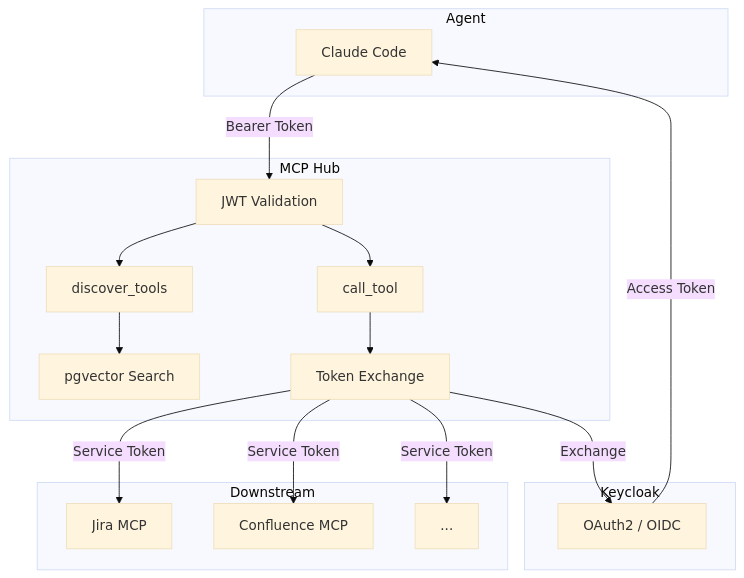
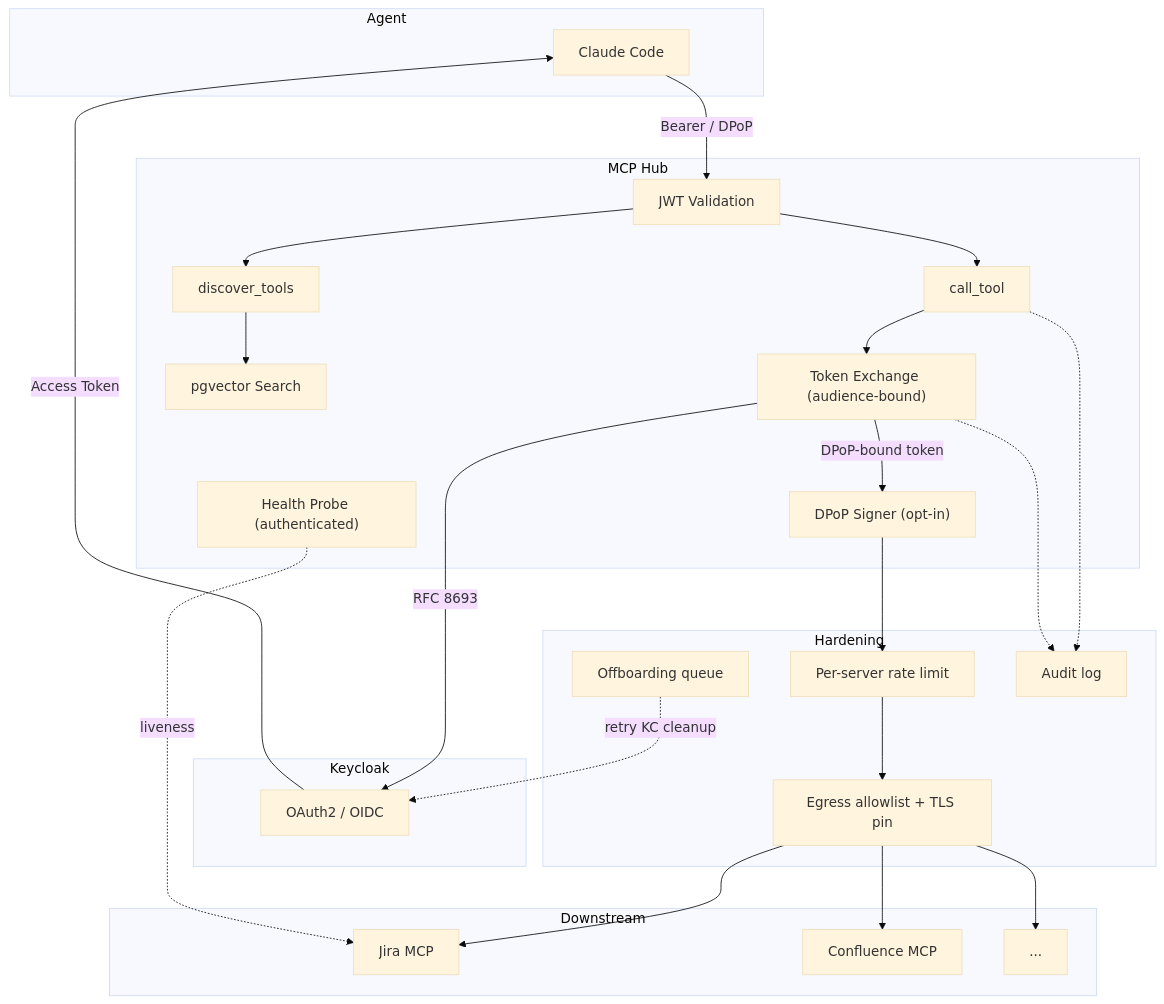
One commit to vladmsnk/mcp-registry changed the diagram in README.md. Above: the diagram before and after it, drawn with Mermaid (base theme). The commit also changed other lines of this file and 50 other files, not shown here.

````diff
--- a/README.md
+++ b/README.md
@@ -7,36 +14,51 @@
 ```mermaid
 graph TB
     subgraph Agent
         Claude["Claude Code"]
     end
 
     subgraph IdP["Keycloak"]
         Auth["OAuth2 / OIDC"]
     end
 
     subgraph Hub["MCP Hub"]
         JWT["JWT Validation"]
         Discover["discover_tools"]
         Call["call_tool"]
         Search["pgvector Search"]
-        Exchange["Token Exchange"]
+        Exchange["Token Exchange (audience-bound)"]
+        DPoP["DPoP Signer (opt-in)"]
+        Probe["Health Probe (authenticated)"]
+    end
+
+    subgraph Hardening
+        RateLim["Per-server rate limit"]
+        Egress["Egress allowlist + TLS pin"]
+        Offboard["Offboarding queue"]
+        Audit["Audit log"]
     end
 
     subgraph Downstream
         Jira["Jira MCP"]
         Confluence["Confluence MCP"]
         Other["..."]
     end
 
     Auth -->|"Access Token"| Claude
-    Claude -->|"Bearer Token"| JWT
+    Claude -->|"Bearer / DPoP"| JWT
     JWT --> Discover
     JWT --> Call
     Discover --> Search
     Call --> Exchange
-    Exchange -->|"Exchange"| Auth
-    Exchange -->|"Service Token"| Jira
-    Exchange -->|"Service Token"| Confluence
-    Exchange -->|"Service Token"| Other
-
+    Exchange -->|"RFC 8693"| Auth
+    Exchange -->|"DPoP-bound token"| DPoP
+    DPoP --> RateLim
+    RateLim --> Egress
+    Egress --> Jira
+    Egress --> Confluence
+    Egress --> Other
+    Probe -.->|"liveness"| Jira
+    Call -.-> Audit
+    Exchange -.-> Audit
+    Offboard -.->|"retry KC cleanup"| Auth
 ```
````
